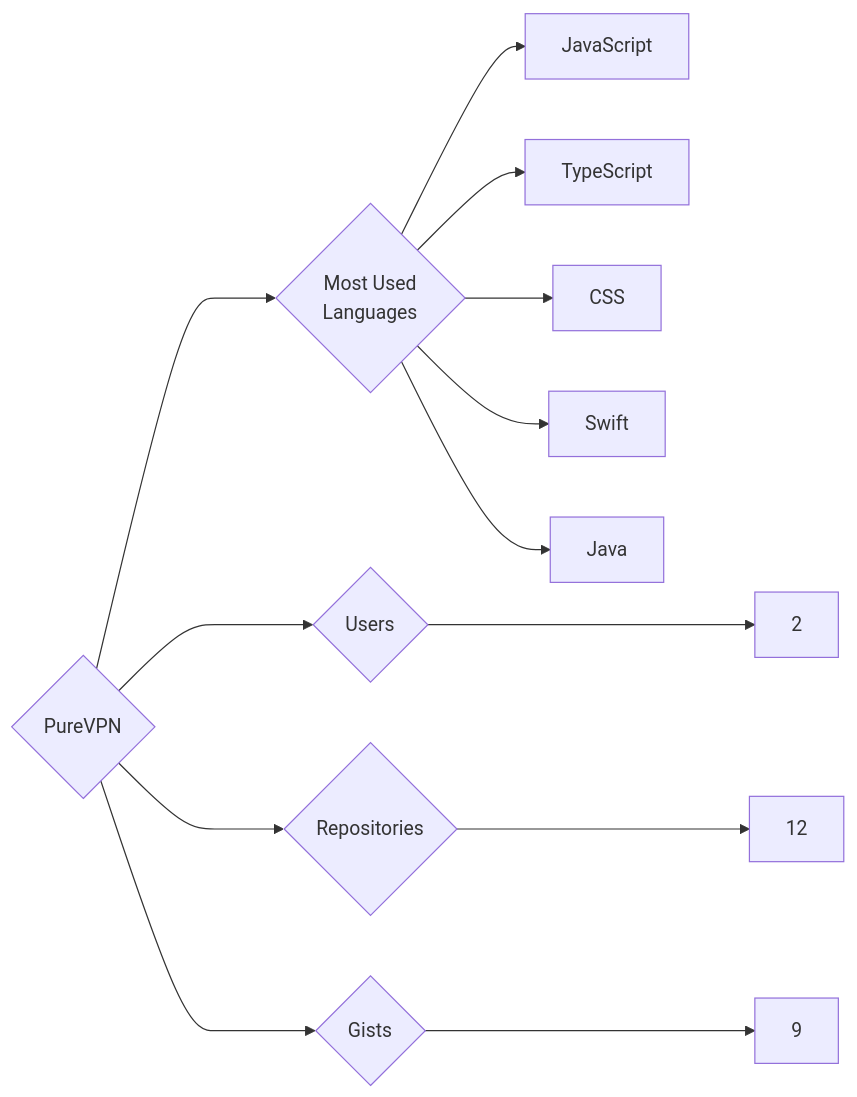
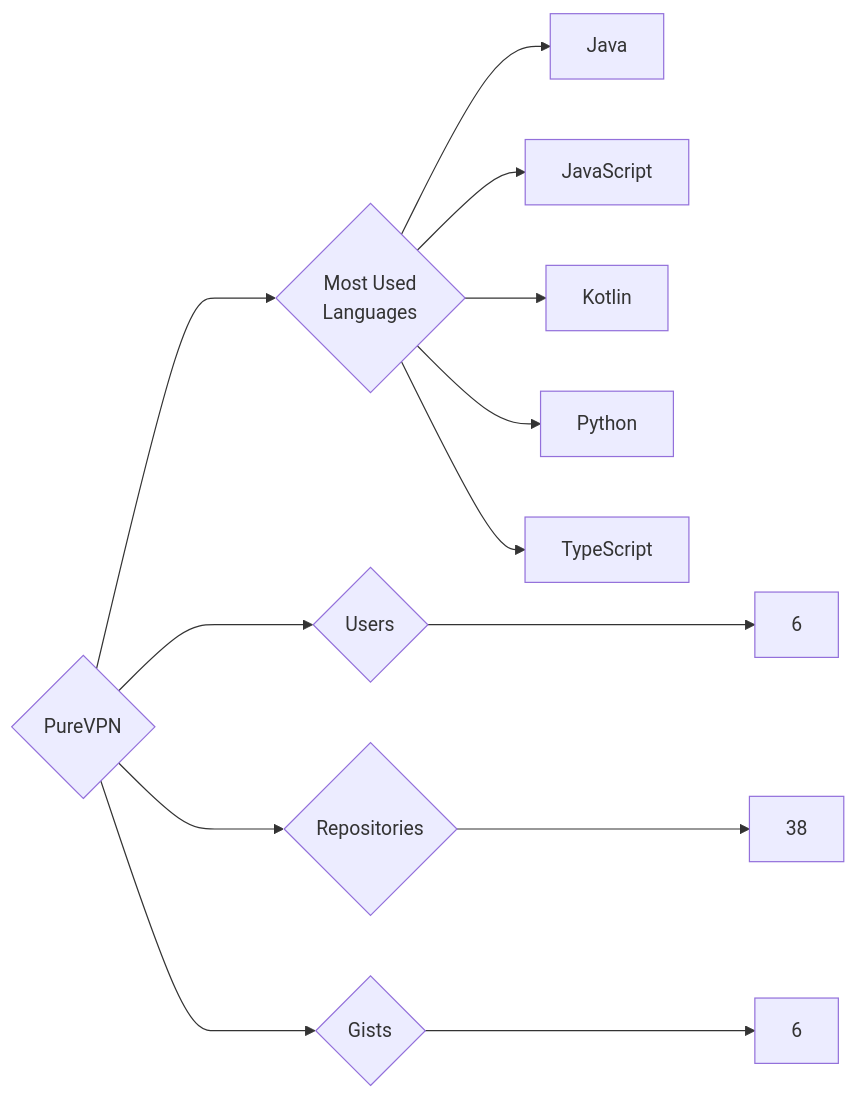
The diagram in targets/PureVPN/README.md (trickest/insiders), drawn with Mermaid before and after one commit. The commit also changed 796 other files, not shown here.

````diff
--- a/targets/PureVPN/README.md
+++ b/targets/PureVPN/README.md
@@ -3,13 +3,13 @@
 ```mermaid
 graph LR
 COMPANY_NAME{PureVPN}
-COMPANY_NAME ---> U{Users} ---> UN[2]
-COMPANY_NAME ---> R{Repositories} ---> RN[12]
-COMPANY_NAME ---> G{Gists} ---> GN[9]
+COMPANY_NAME ---> U{Users} ---> UN[6]
+COMPANY_NAME ---> R{Repositories} ---> RN[38]
+COMPANY_NAME ---> G{Gists} ---> GN[6]
 COMPANY_NAME ---> ML{Most Used<br>Languages}
+ML --> Java[Java]
 ML --> JavaScript[JavaScript]
+ML --> Kotlin[Kotlin]
+ML --> Python[Python]
 ML --> TypeScript[TypeScript]
-ML --> CSS[CSS]
-ML --> Swift[Swift]
-ML --> Java[Java]
 ```
````
